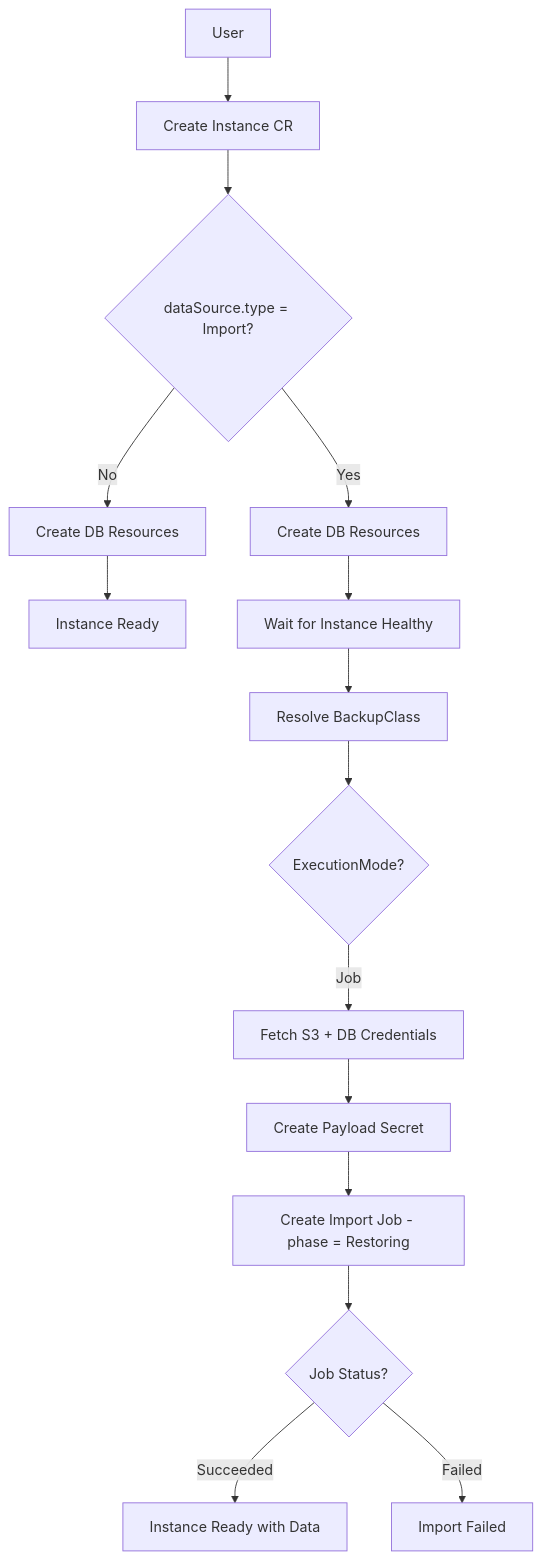
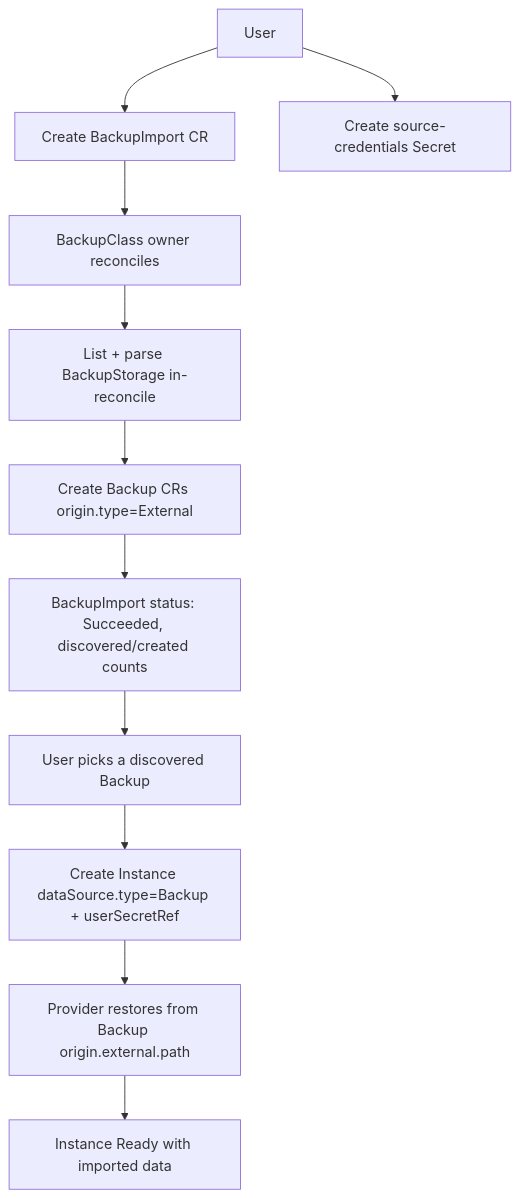
One commit to openeverest/specs changed the diagram in specs/010-database-import.md. Above: the diagram before and after it, drawn with Mermaid. The commit also changed other lines of this file, not shown here.

````diff
--- a/specs/010-database-import.md
+++ b/specs/010-database-import.md
@@ -93,17 +67,14 @@
 ```mermaid
 graph TD
-    User[User] --> Instance[Create Instance CR]
-    Instance --> Check{dataSource.type = Import?}
-    Check -->|No| CreateDB[Create DB Resources]
-    Check -->|Yes| CreateDBImport[Create DB Resources]
-    CreateDB --> EmptyReady[Instance Ready]
-    CreateDBImport --> WaitHealthy[Wait for Instance Healthy]
-    WaitHealthy --> ResolveBC[Resolve BackupClass]
-    ResolveBC --> CheckMode{ExecutionMode?}
-    CheckMode -->|Job| FetchCreds[Fetch S3 + DB Credentials]
-    FetchCreds --> PayloadSecret[Create Payload Secret]
-    PayloadSecret --> CreateJob[Create Import Job - phase = Restoring]
-    CreateJob --> JobDone{Job Status?}
-    JobDone -->|Succeeded| DataReady[Instance Ready with Data]
-    JobDone -->|Failed| ImportFailed[Import Failed]
+    User[User] --> Imp[Create BackupImport CR]
+    Imp --> Owner[BackupClass owner reconciles]
+    Owner --> ListParse[List + parse BackupStorage in-reconcile]
+    ListParse --> CreateBackups[Create Backup CRs origin.type=External]
+    CreateBackups --> ImpStatus[BackupImport status: Succeeded, discovered/created counts]
+
+    User --> Creds[Create source-credentials Secret]
+    ImpStatus --> Pick[User picks a discovered Backup]
+    Pick --> Inst[Create Instance dataSource.type=Backup + userSecretRef]
+    Inst --> Seed[Provider restores from Backup origin.external.path]
+    Seed --> Ready[Instance Ready with imported data]
 ```
````
